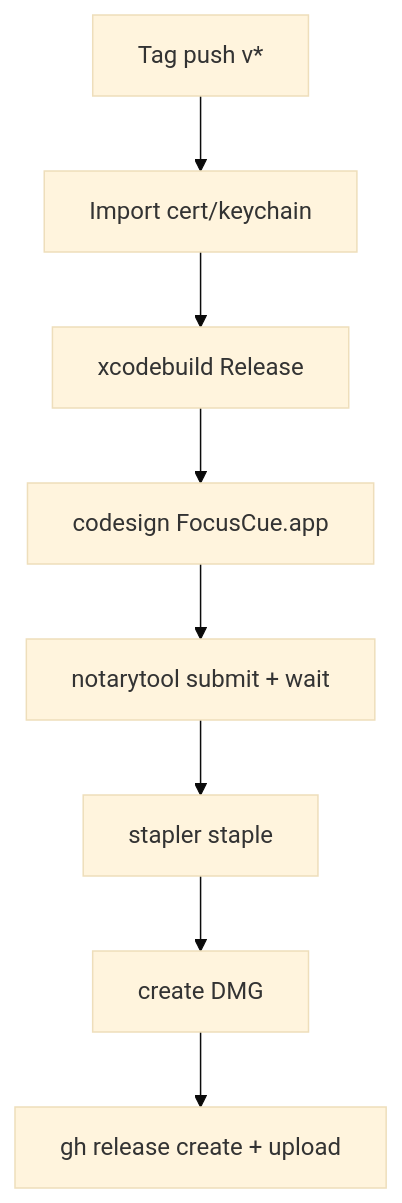
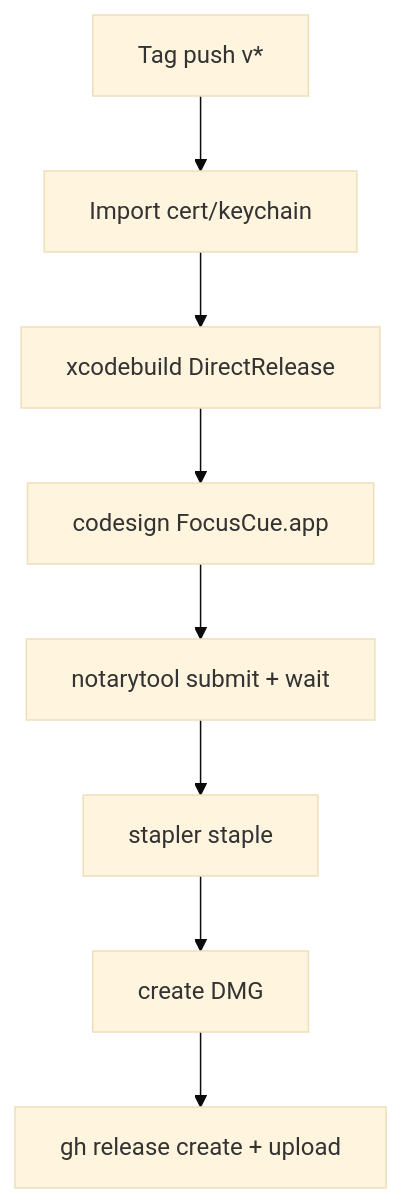
The diagram in docs/development-and-release.md (Saransh-Sharma/FocusCue), drawn with Mermaid (base theme) before and after one commit. The commit also changed other lines of this file and 7 other files, not shown here.

````diff
--- a/docs/development-and-release.md
+++ b/docs/development-and-release.md
@@ -149,10 +175,10 @@
 ```mermaid
 graph TD
     A["Tag push v*"] --> B["Import cert/keychain"]
-    B --> C["xcodebuild Release"]
+    B --> C["xcodebuild DirectRelease"]
     C --> D["codesign FocusCue.app"]
     D --> E["notarytool submit + wait"]
     E --> F["stapler staple"]
     F --> G["create DMG"]
     G --> H["gh release create + upload"]
 ```
````
